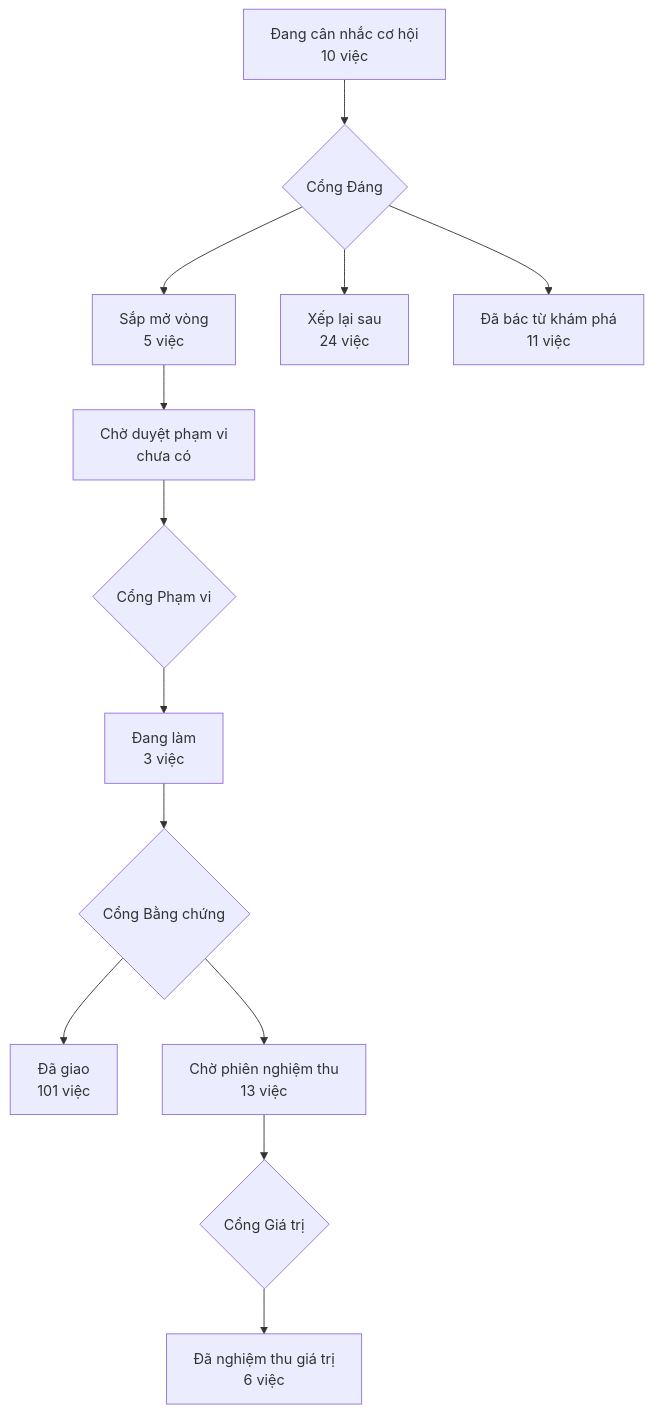
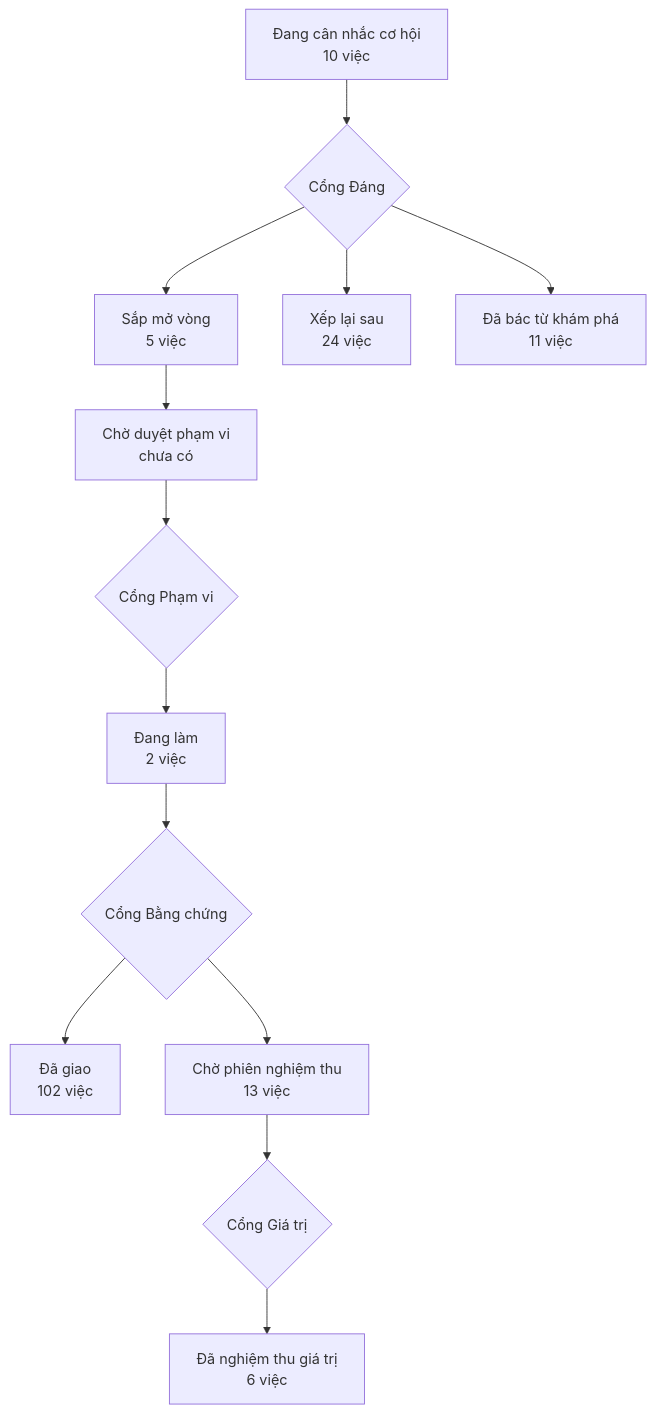
The diagram in PRODUCT-MAP.md (phanlemanh/acceptance-gate-kit), drawn with Mermaid before and after one commit. The commit also changed 8 other files, not shown here.

````diff
--- a/PRODUCT-MAP.md
+++ b/PRODUCT-MAP.md
@@ -7,12 +7,12 @@
 ```mermaid
 flowchart TD
   A["Đang cân nhắc cơ hội<br/>10 việc"] --> GD{"Cổng Đáng"}
   GD --> B["Sắp mở vòng<br/>5 việc"]
   GD --> XL["Xếp lại sau<br/>24 việc"]
   GD --> DB["Đã bác từ khám phá<br/>11 việc"]
   B --> CD["Chờ duyệt phạm vi<br/>chưa có"] --> GP{"Cổng Phạm vi"}
-  GP --> DL["Đang làm<br/>3 việc"] --> GB{"Cổng Bằng chứng"}
-  GB --> DG["Đã giao<br/>101 việc"]
+  GP --> DL["Đang làm<br/>2 việc"] --> GB{"Cổng Bằng chứng"}
+  GB --> DG["Đã giao<br/>102 việc"]
   GB --> CN["Chờ phiên nghiệm thu<br/>13 việc"] --> GG{"Cổng Giá trị"}
   GG --> NT["Đã nghiệm thu giá trị<br/>6 việc"]
 ```
````
